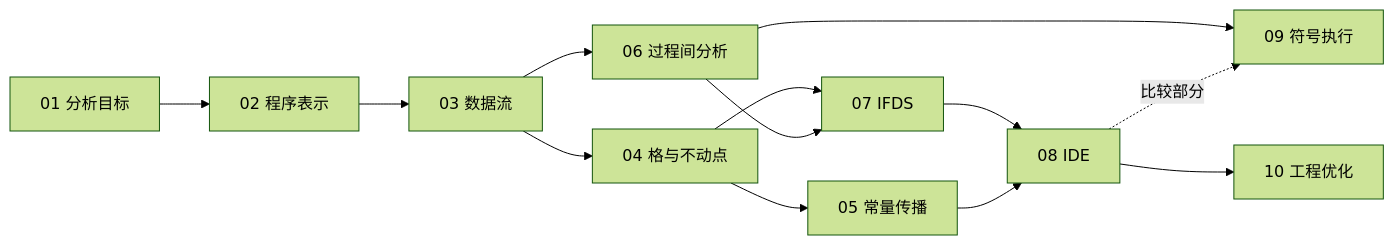
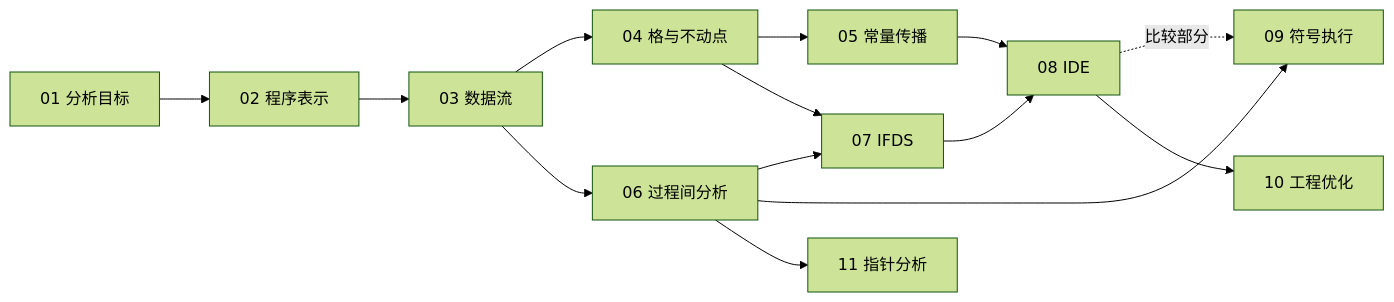
The diagram in src/static-analysis/assets/00-series-2.mmd (Scrates1/Scrates1.github.io), drawn with Mermaid (forest theme) before and after one commit. The commit also changed 20 other files, not shown here.

```diff
--- a/src/static-analysis/assets/00-series-2.mmd
+++ b/src/static-analysis/assets/00-series-2.mmd
@@ -1,13 +1,14 @@
 flowchart LR
   A[01 分析目标] --> B[02 程序表示]
   B --> C[03 数据流]
   C --> D[04 格与不动点]
   D --> E[05 常量传播]
   C --> F[06 过程间分析]
   D --> G[07 IFDS]
   F --> G
   G --> H[08 IDE]
   E --> H
   F --> I[09 符号执行]
   H -.比较部分.-> I
   H --> J[10 工程优化]
+  F --> K[11 指针分析]
```
